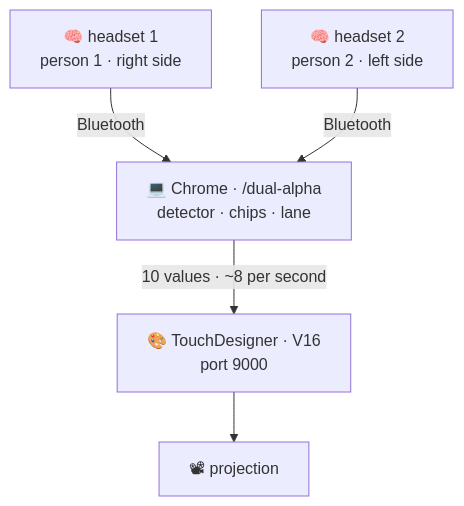
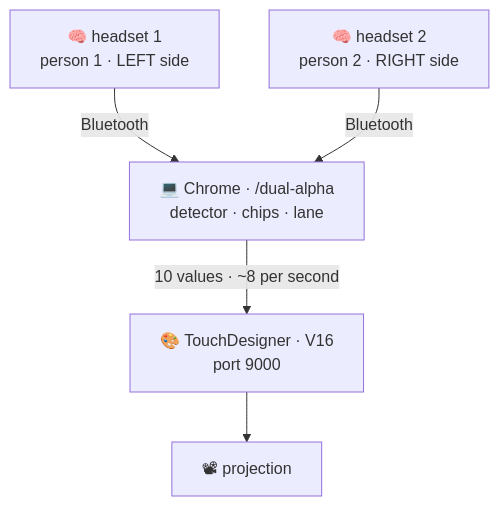
Before and after one commit to brynbeaudry/Chords-Web: the second of 7 diagrams in touchdesigner/OPERATOR_GUIDE.md, drawn with Mermaid. The commit also changed other lines of this file and 31 other files, not shown here.

````diff
--- a/touchdesigner/OPERATOR_GUIDE.md
+++ b/touchdesigner/OPERATOR_GUIDE.md
@@ -27,12 +27,12 @@
 ```mermaid
 flowchart TB
-    H1["🧠 headset 1<br/>person 1 · right side"]
-    H2["🧠 headset 2<br/>person 2 · left side"]
+    H1["🧠 headset 1<br/>person 1 · LEFT side"]
+    H2["🧠 headset 2<br/>person 2 · RIGHT side"]
     APP["💻 Chrome · /dual-alpha<br/>detector · chips · lane"]
     TD["🎨 TouchDesigner · V16<br/>port 9000"]
     OUT["📽 projection"]
     H1 -->|"Bluetooth"| APP
     H2 -->|"Bluetooth"| APP
     APP -->|"10 values · ~8 per second"| TD
     TD --> OUT
 ```
````
